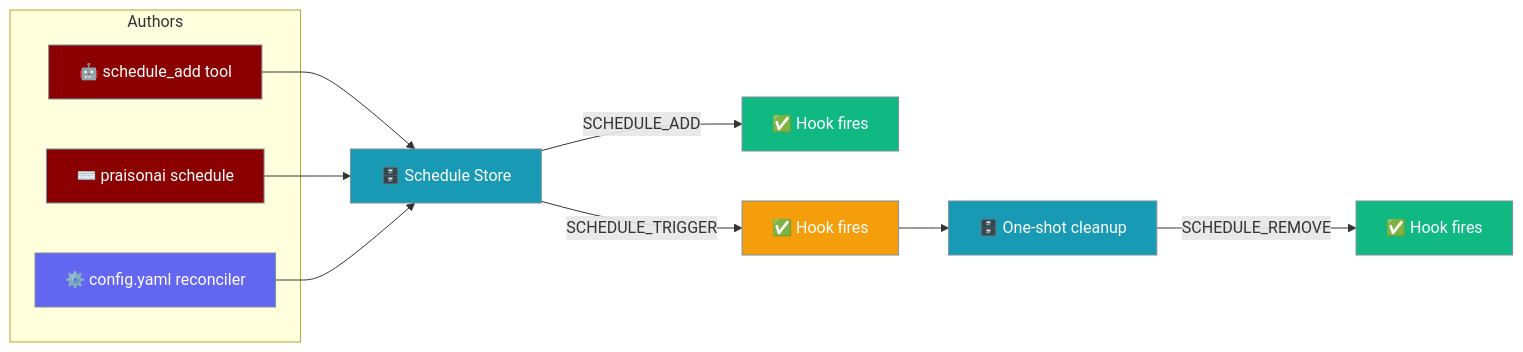
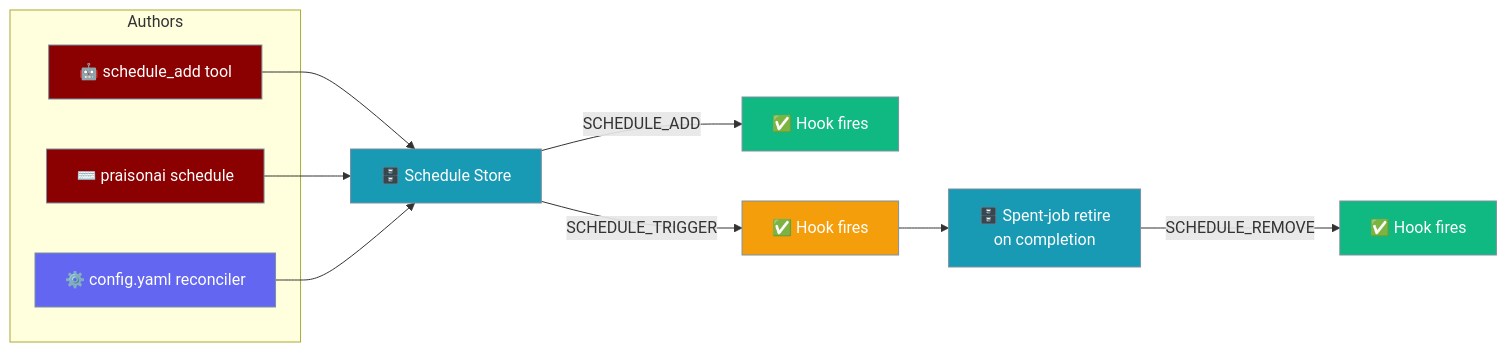
Before and after one commit to MervinPraison/PraisonAIDocs: the first of 2 diagrams in docs/features/schedule-lifecycle-hooks.mdx, drawn with Mermaid. The commit also changed other lines of this file and 7 other files, not shown here.

Commit message:
fix: document scheduler crash-safety for one-shot jobs and abandoned run status (fixes #4790)

````diff
--- a/docs/features/schedule-lifecycle-hooks.mdx
+++ b/docs/features/schedule-lifecycle-hooks.mdx
@@ -10,30 +10,30 @@
 ```mermaid
 graph LR
     subgraph "Authors"
         Tool[🤖 schedule_add tool]
         CLI[⌨️ praisonai schedule]
         Reconciler[⚙️ config.yaml reconciler]
     end
 
     Tool --> Store[🗄️ Schedule Store]
     CLI --> Store
     Reconciler --> Store
 
     Store -->|SCHEDULE_ADD| Add[✅ Hook fires]
     Store -->|SCHEDULE_TRIGGER| Trigger[✅ Hook fires]
-    Trigger --> OneShot[🗄️ One-shot cleanup]
+    Trigger --> OneShot[🗄️ Spent-job retire<br/>on completion]
     OneShot -->|SCHEDULE_REMOVE| Remove[✅ Hook fires]
 
     classDef author fill:#8B0000,stroke:#7C90A0,color:#fff
     classDef store fill:#189AB4,stroke:#7C90A0,color:#fff
     classDef config fill:#6366F1,stroke:#7C90A0,color:#fff
     classDef success fill:#10B981,stroke:#7C90A0,color:#fff
     classDef intermediate fill:#F59E0B,stroke:#7C90A0,color:#fff
 
     class Tool author
     class CLI author
     class Reconciler config
     class Store,OneShot store
     class Add,Remove success
     class Trigger intermediate
 ```
````
